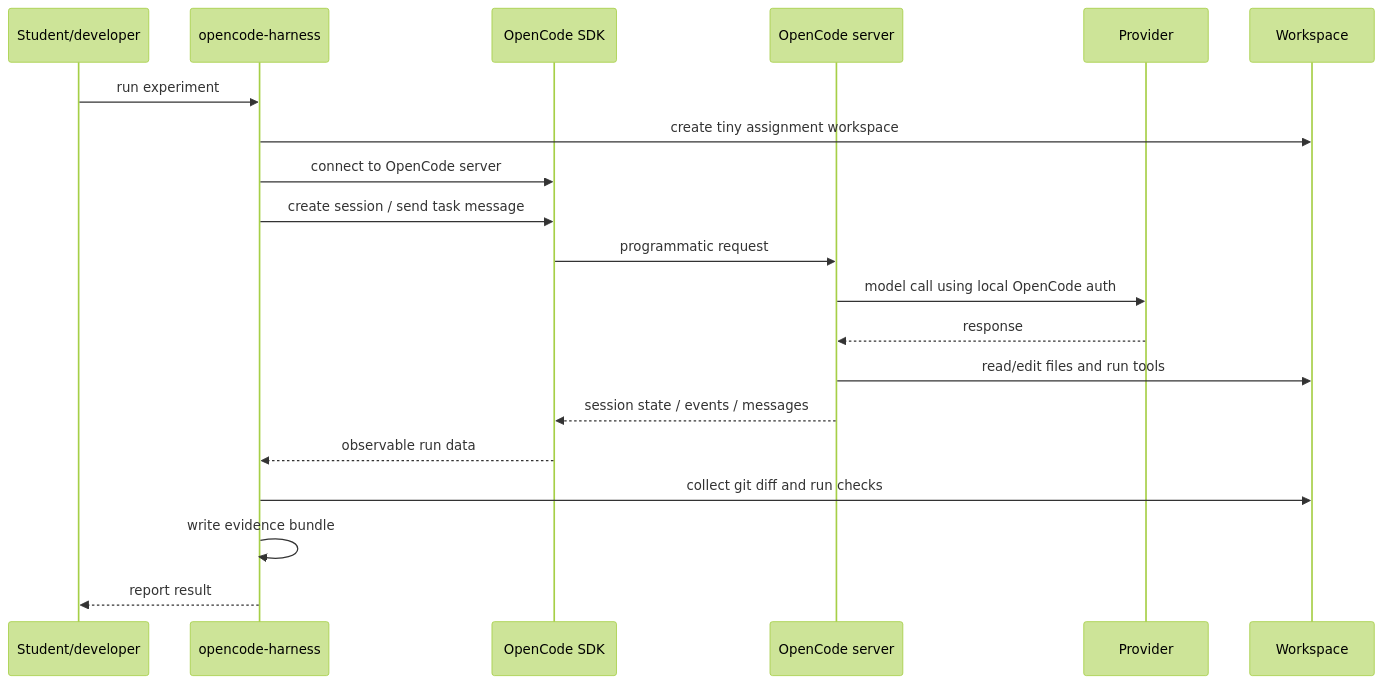
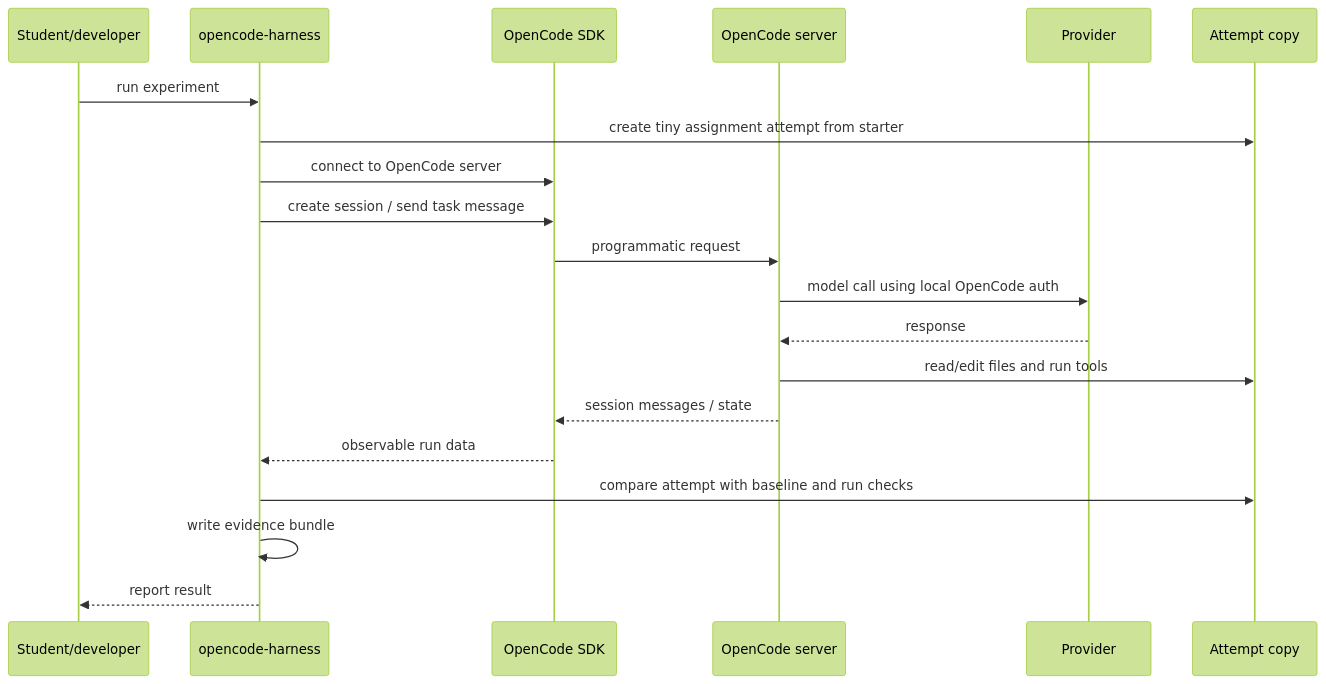
One commit to Kaastor/opencode-harness changed the second of 2 diagrams in docs/plan.md. Above: the diagram before and after it, drawn with Mermaid (forest theme). The commit also changed other lines of this file and 18 other files, not shown here.

````diff
--- a/docs/plan.md
+++ b/docs/plan.md
@@ -59,23 +61,23 @@
 ```mermaid
 sequenceDiagram
     participant S as Student/developer
     participant H as opencode-harness
     participant SDK as OpenCode SDK
     participant O as OpenCode server
     participant P as Provider
-    participant W as Workspace
+    participant A as Attempt copy
 
     S->>H: run experiment
-    H->>W: create tiny assignment workspace
+    H->>A: create tiny assignment attempt from starter
     H->>SDK: connect to OpenCode server
     H->>SDK: create session / send task message
     SDK->>O: programmatic request
     O->>P: model call using local OpenCode auth
     P-->>O: response
-    O->>W: read/edit files and run tools
-    O-->>SDK: session state / events / messages
+    O->>A: read/edit files and run tools
+    O-->>SDK: session messages / state
     SDK-->>H: observable run data
-    H->>W: collect git diff and run checks
+    H->>A: compare attempt with baseline and run checks
     H->>H: write evidence bundle
     H-->>S: report result
 ```
````
